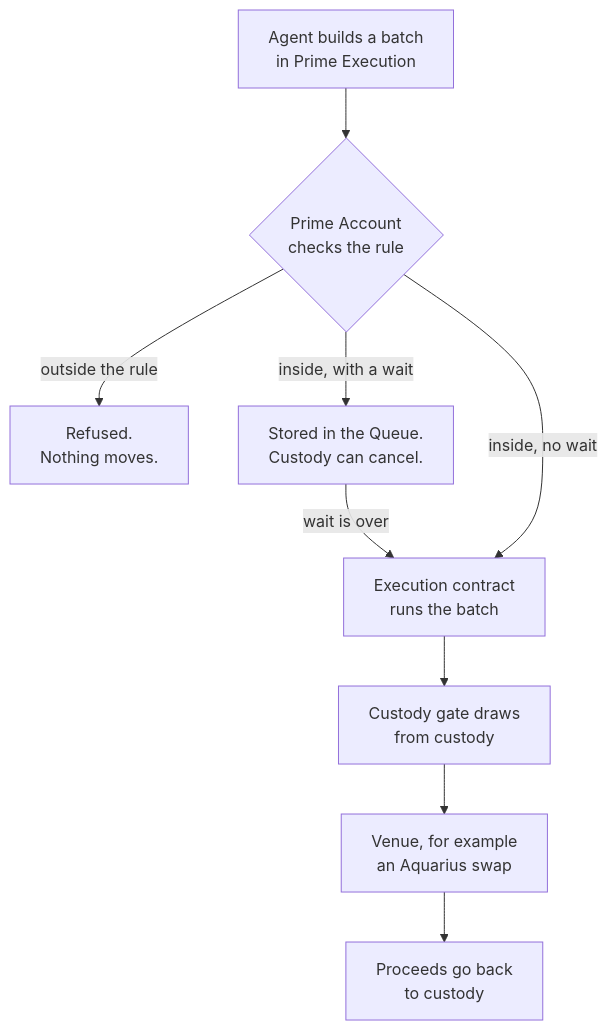
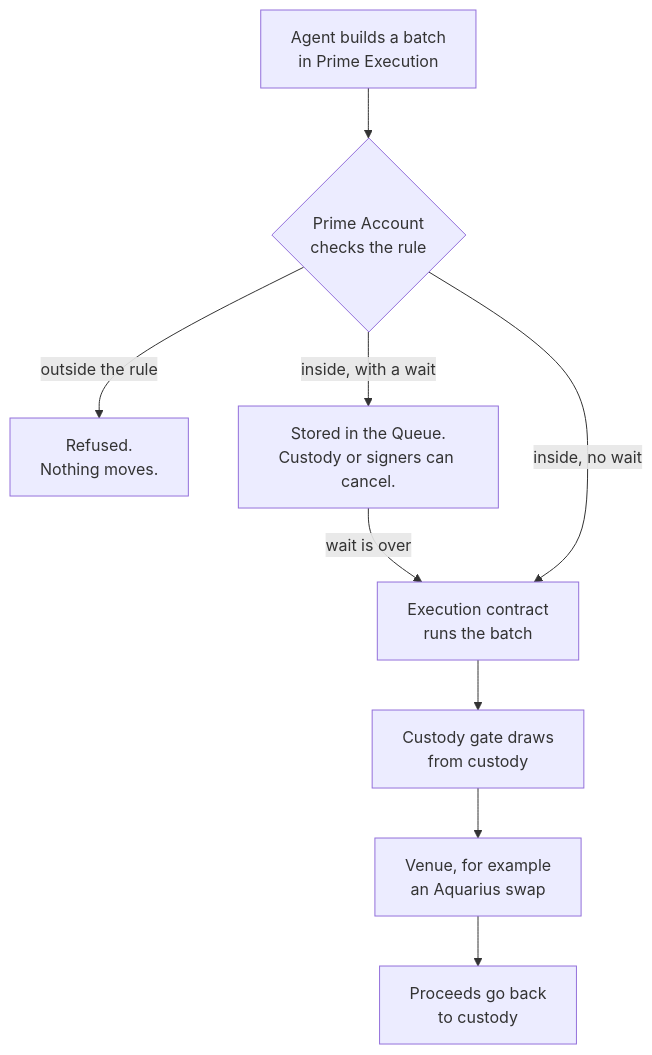
One commit to untangledfinance/untangled-docs changed the diagram in docs/Prime/02.how-prime-works.md. Above: the diagram before and after it, drawn with Mermaid. The commit also changed other lines of this file and 23 other files, not shown here.

````diff
--- a/docs/Prime/02.how-prime-works.md
+++ b/docs/Prime/02.how-prime-works.md
@@ -52,11 +67,11 @@
 ```mermaid
 flowchart TD
   A[Agent builds a batch<br/>in Prime Execution] --> R{Prime Account<br/>checks the rule}
   R -- outside the rule --> X[Refused.<br/>Nothing moves.]
-  R -- inside, with a wait --> Q[Stored in the Queue.<br/>Custody can cancel.]
+  R -- inside, with a wait --> Q[Stored in the Queue.<br/>Custody or signers can cancel.]
   Q -- wait is over --> E
   R -- inside, no wait --> E[Execution contract<br/>runs the batch]
   E --> G[Custody gate draws<br/>from custody]
   G --> V[Venue, for example<br/>an Aquarius swap]
   V --> C[Proceeds go back<br/>to custody]
 ```
````
